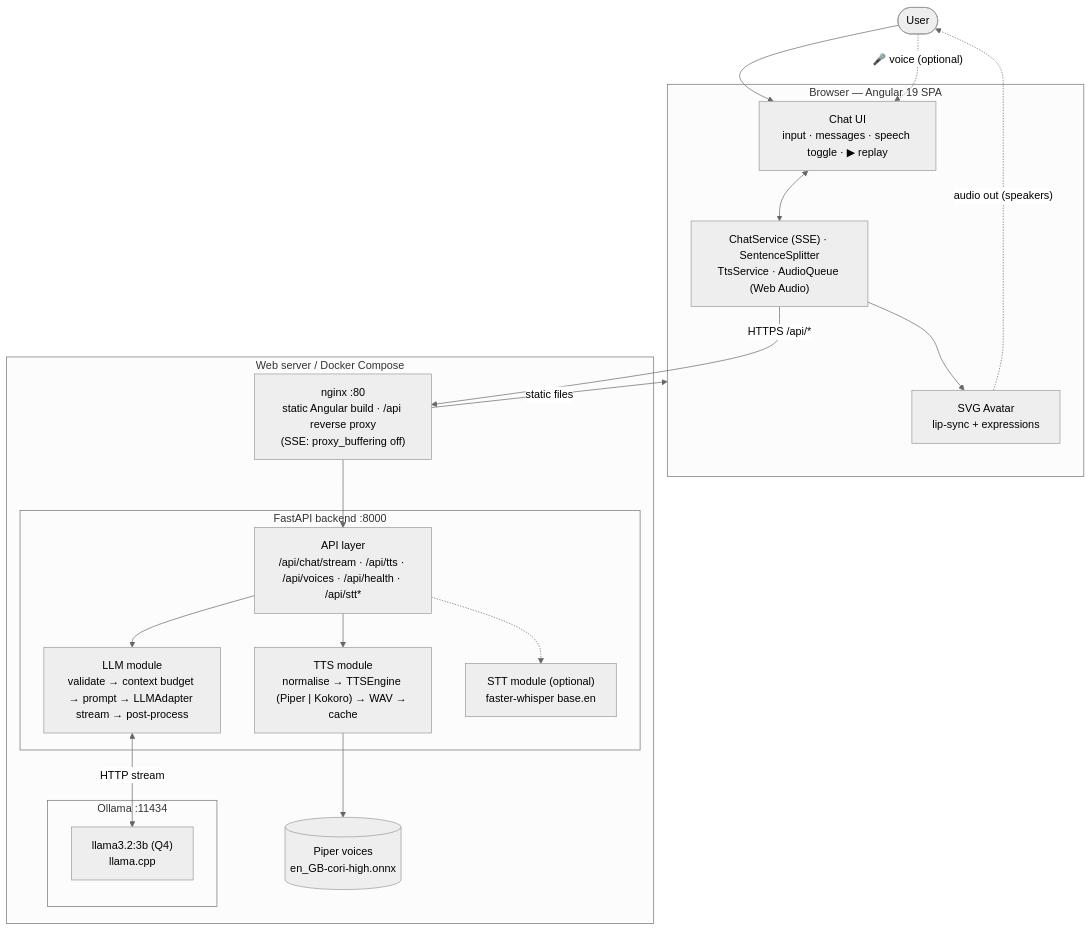
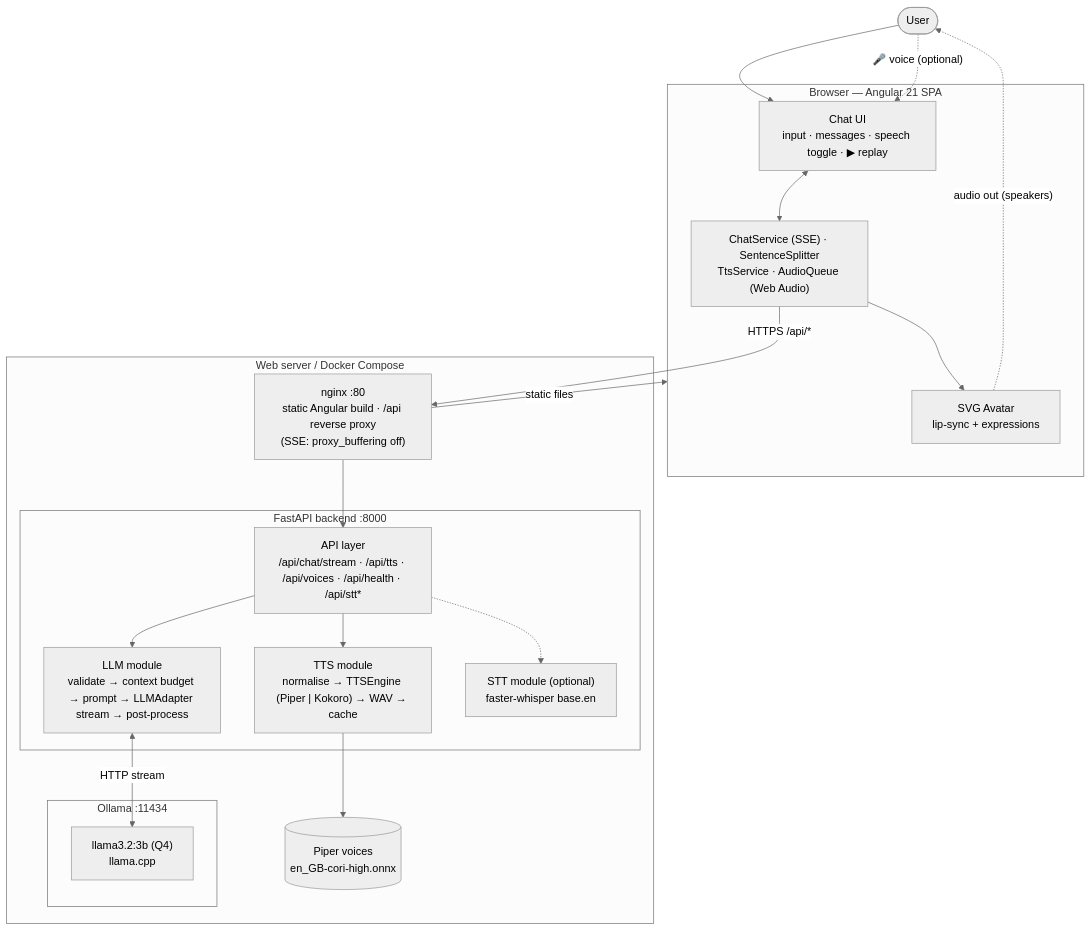
The tenth of 10 diagrams in docs/ARCHITECTURE.md (ShivaTeja05/Local-LLM-Based-Text-to-Speech-Application), drawn with Mermaid (neutral theme) before and after one commit. The commit also changed other lines of this file and 50 other files, not shown here.

````diff
--- a/docs/ARCHITECTURE.md
+++ b/docs/ARCHITECTURE.md
@@ -518,41 +532,41 @@
 ```mermaid
 flowchart TB
   user(["User"])
 
-  subgraph client["Browser — Angular 19 SPA"]
+  subgraph client["Browser — Angular 21 SPA"]
     ui["Chat UI<br/>input · messages · speech toggle · ▶ replay"]
     avatar["SVG Avatar<br/>lip-sync + expressions"]
     svc["ChatService (SSE) · SentenceSplitter<br/>TtsService · AudioQueue (Web Audio)"]
     ui <--> svc
     svc --> avatar
   end
 
   subgraph host["Web server / Docker Compose"]
     nginx["nginx :80<br/>static Angular build · /api reverse proxy<br/>(SSE: proxy_buffering off)"]
 
     subgraph backend["FastAPI backend :8000"]
       api["API layer<br/>/api/chat/stream · /api/tts · /api/voices · /api/health · /api/stt*"]
       llmmod["LLM module<br/>validate → context budget → prompt → LLMAdapter stream → post-process"]
       ttsmod["TTS module<br/>normalise → TTSEngine (Piper | Kokoro) → WAV → cache"]
       sttmod["STT module (optional)<br/>faster-whisper base.en"]
       api --> llmmod
       api --> ttsmod
       api -.-> sttmod
     end
 
     subgraph ollama["Ollama :11434"]
       model["llama3.2:3b (Q4)<br/>llama.cpp"]
     end
 
     voices[("Piper voices<br/>en_GB-cori-high.onnx")]
   end
 
   user --> ui
   svc -- "HTTPS /api/*" --> nginx
   nginx -- "static files" --> client
   nginx --> api
   llmmod <-- "HTTP stream" --> model
   ttsmod --> voices
   avatar -. "audio out (speakers)" .-> user
   user -. "🎤 voice (optional)" .-> ui
 ```
````
